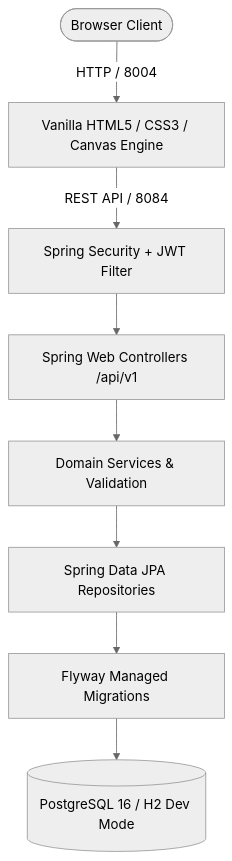
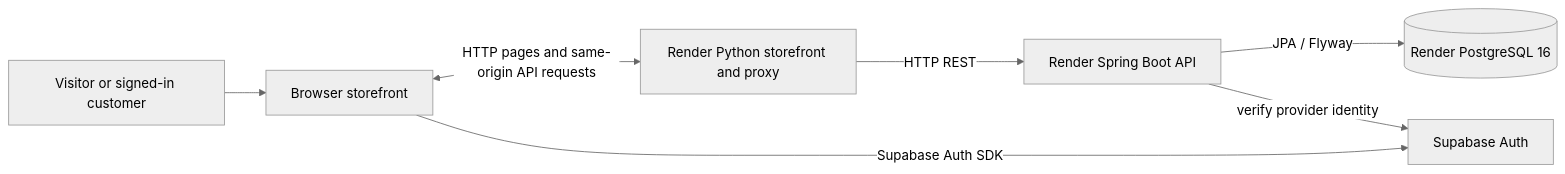
Before and after one commit to Yashr4635/Dial-and-Form: the diagram in README.md, drawn with Mermaid (neutral theme). The commit also changed other lines of this file and 8 other files, not shown here.

````diff
--- a/README.md
+++ b/README.md
@@ -16,10 +106,9 @@
-```mermaid
-graph TD
-    User([Browser Client]) -->|HTTP / 8004| Frontend[Vanilla HTML5 / CSS3 / Canvas Engine]
-    Frontend -->|REST API / 8084| Security[Spring Security + JWT Filter]
-    Security --> Controller[Spring Web Controllers /api/v1]
-    Controller --> Service[Domain Services & Validation]
-    Service --> Repository[Spring Data JPA Repositories]
-    Repository --> Flyway[Flyway Managed Migrations]
-    Flyway --> Database[(PostgreSQL 16 / H2 Dev Mode)]
-```
+~~~mermaid
+flowchart LR
+    User[Visitor or signed-in customer] --> Browser[Browser storefront]
+    Browser <-->|HTTP pages and same-origin API requests| Store[Render Python storefront and proxy]
+    Store -->|HTTP REST| API[Render Spring Boot API]
+    API -->|JPA / Flyway| DB[(Render PostgreSQL 16)]
+    Browser -->|Supabase Auth SDK| Auth[Supabase Auth]
+    API -->|verify provider identity| Auth
+~~~
````
